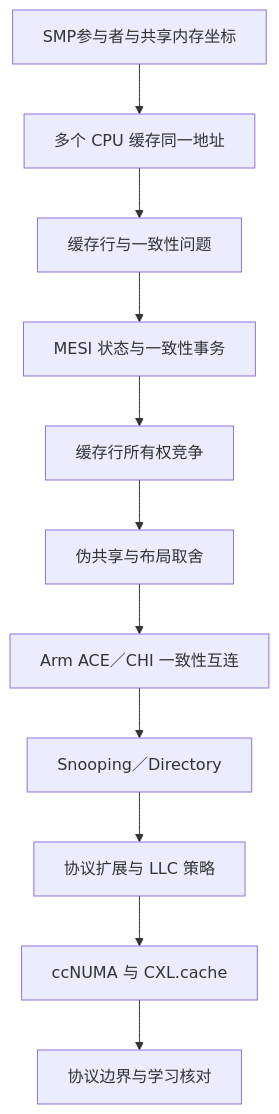
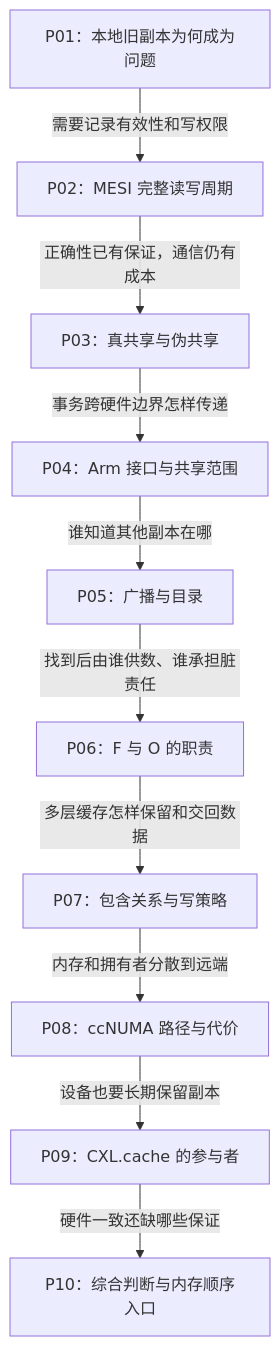
One commit to FormingSystem/linux_note changed the diagram in knowledge/foundations/computer_architecture/cache_coherence/大纲.md. Above: the diagram before and after it, drawn with Mermaid. The commit also changed other lines of this file and 10 other files, not shown here.

First line of the commit message:
content(architecture/cache): 重建缓存一致性事务与硬件职责的因果讲解

````diff
--- a/knowledge/foundations/computer_architecture/cache_coherence/大纲.md
+++ b/knowledge/foundations/computer_architecture/cache_coherence/大纲.md
@@ -19,13 +21,12 @@
 ```mermaid
 flowchart TD
-    S[SMP参与者与共享内存坐标] --> A[多个 CPU 缓存同一地址]
-    A --> B[缓存行与一致性问题]
-    B --> C[MESI 状态与一致性事务]
-    C --> D[缓存行所有权竞争]
-    D --> E[伪共享与布局取舍]
-    E --> F[Arm ACE／CHI 一致性互连]
-    F --> G[Snooping／Directory]
-    G --> H[协议扩展与 LLC 策略]
-    H --> I[ccNUMA 与 CXL.cache]
-    I --> J[协议边界与学习核对]
+    A[P01：本地旧副本为何成为问题] -->|需要记录有效性和写权限| C[P02：MESI 完整读写周期]
+    C -->|正确性已有保证，通信仍有成本| D[P03：真共享与伪共享]
+    D -->|事务跨硬件边界怎样传递| F[P04：Arm 接口与共享范围]
+    F -->|谁知道其他副本在哪| G[P05：广播与目录]
+    G -->|找到后由谁供数、谁承担脏责任| H[P06：F 与 O 的职责]
+    H -->|多层缓存怎样保留和交回数据| L[P07：包含关系与写策略]
+    L -->|内存和拥有者分散到远端| I[P08：ccNUMA 路径与代价]
+    I -->|设备也要长期保留副本| X[P09：CXL.cache 的参与者]
+    X -->|硬件一致还缺哪些保证| J[P10：综合判断与内存顺序入口]
 ```
````
